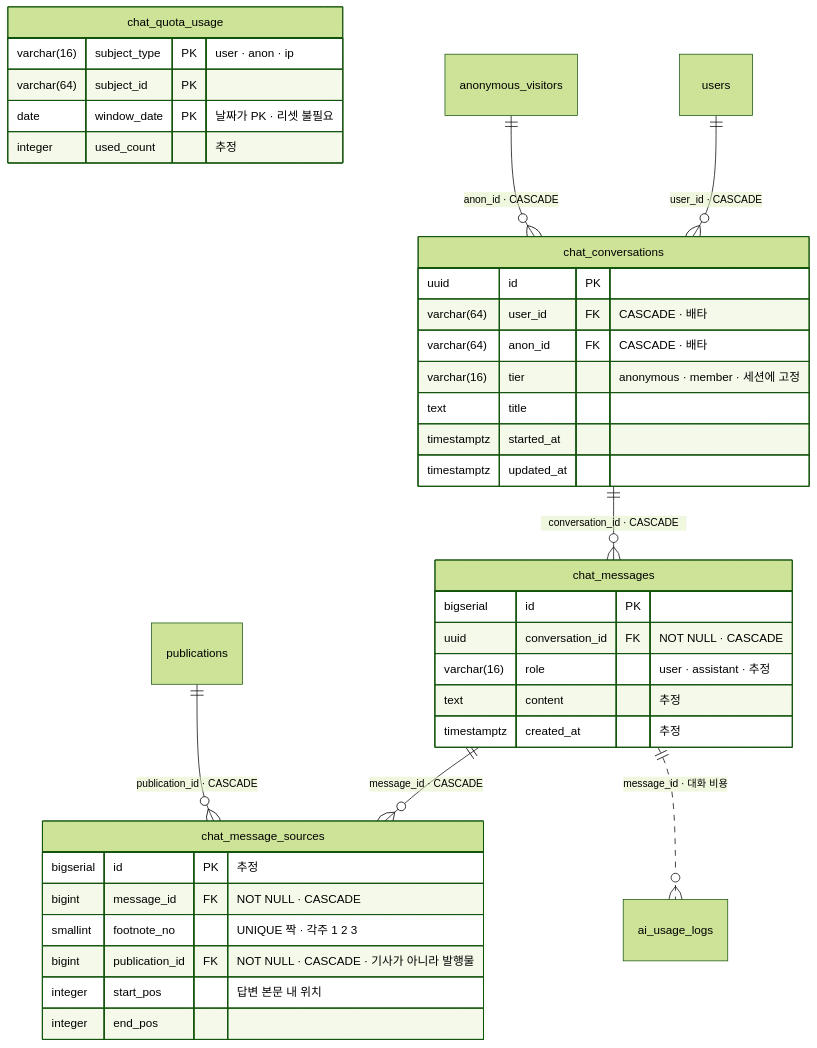
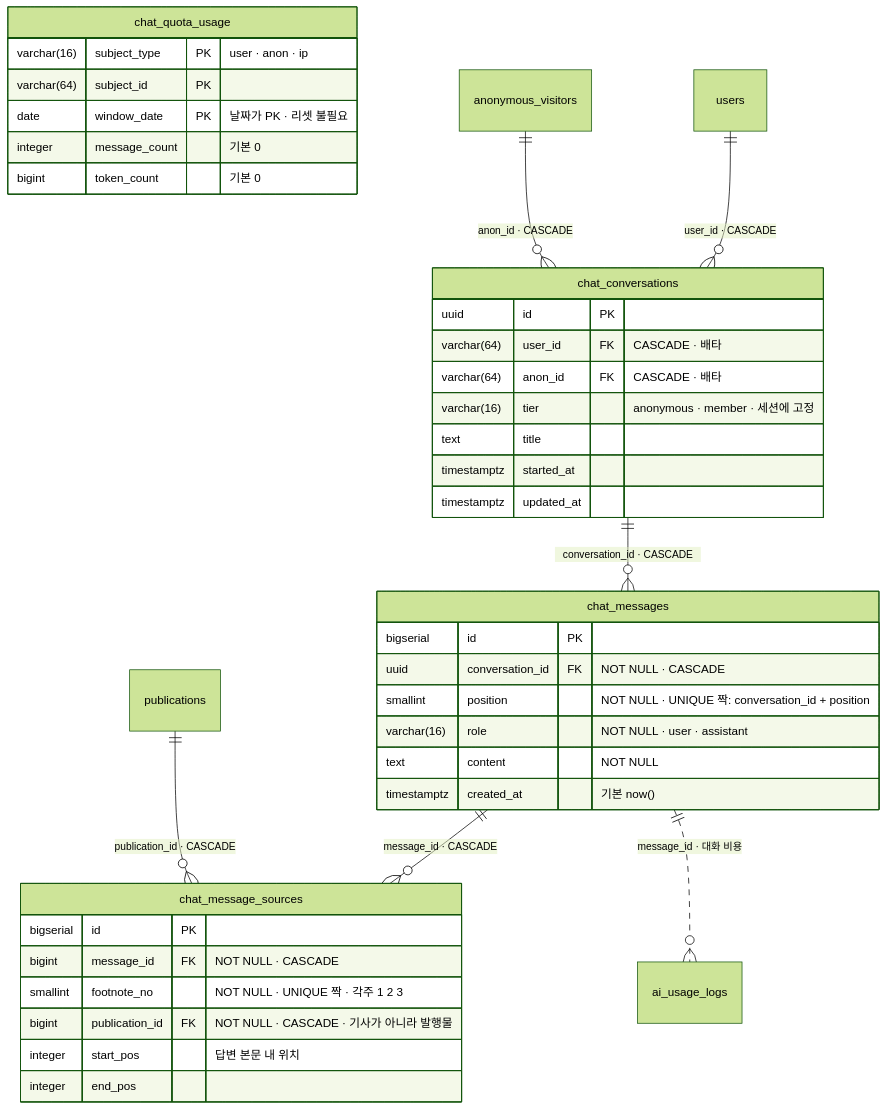
One commit to sedaily-ai/AILENS changed the diagram in docs/architecture/lens-erd-src/09-chat.mmd. Above: the diagram before and after it, drawn with Mermaid (forest theme). The commit also changed 14 other files, not shown here.

First line of the commit message:
docs(db): 원본 lens_schema.sql 확보 후 ERD 전체 대조·정정

```diff
--- a/docs/architecture/lens-erd-src/09-chat.mmd
+++ b/docs/architecture/lens-erd-src/09-chat.mmd
@@ -1,38 +1,40 @@
 erDiagram
   chat_conversations {
     uuid id PK
     varchar(64) user_id FK "CASCADE · 배타"
     varchar(64) anon_id FK "CASCADE · 배타"
     varchar(16) tier "anonymous · member · 세션에 고정"
     text title
     timestamptz started_at
     timestamptz updated_at
   }
   chat_messages {
     bigserial id PK
     uuid conversation_id FK "NOT NULL · CASCADE"
-    varchar(16) role "user · assistant · 추정"
-    text content "추정"
-    timestamptz created_at "추정"
+    smallint position "NOT NULL · UNIQUE 짝: conversation_id + position"
+    varchar(16) role "NOT NULL · user · assistant"
+    text content "NOT NULL"
+    timestamptz created_at "기본 now()"
   }
   chat_message_sources {
-    bigserial id PK "추정"
+    bigserial id PK
     bigint message_id FK "NOT NULL · CASCADE"
-    smallint footnote_no "UNIQUE 짝 · 각주 1 2 3"
+    smallint footnote_no "NOT NULL · UNIQUE 짝 · 각주 1 2 3"
     bigint publication_id FK "NOT NULL · CASCADE · 기사가 아니라 발행물"
     integer start_pos "답변 본문 내 위치"
     integer end_pos
   }
   chat_quota_usage {
     varchar(16) subject_type PK "user · anon · ip"
     varchar(64) subject_id PK
     date window_date PK "날짜가 PK · 리셋 불필요"
-    integer used_count "추정"
+    integer message_count "기본 0"
+    bigint token_count "기본 0"
   }
 
   chat_conversations ||--o{ chat_messages : "conversation_id · CASCADE"
   chat_messages ||--o{ chat_message_sources : "message_id · CASCADE"
   publications ||--o{ chat_message_sources : "publication_id · CASCADE"
   users ||--o{ chat_conversations : "user_id · CASCADE"
   anonymous_visitors ||--o{ chat_conversations : "anon_id · CASCADE"
   chat_messages ||..o{ ai_usage_logs : "message_id · 대화 비용"
```
